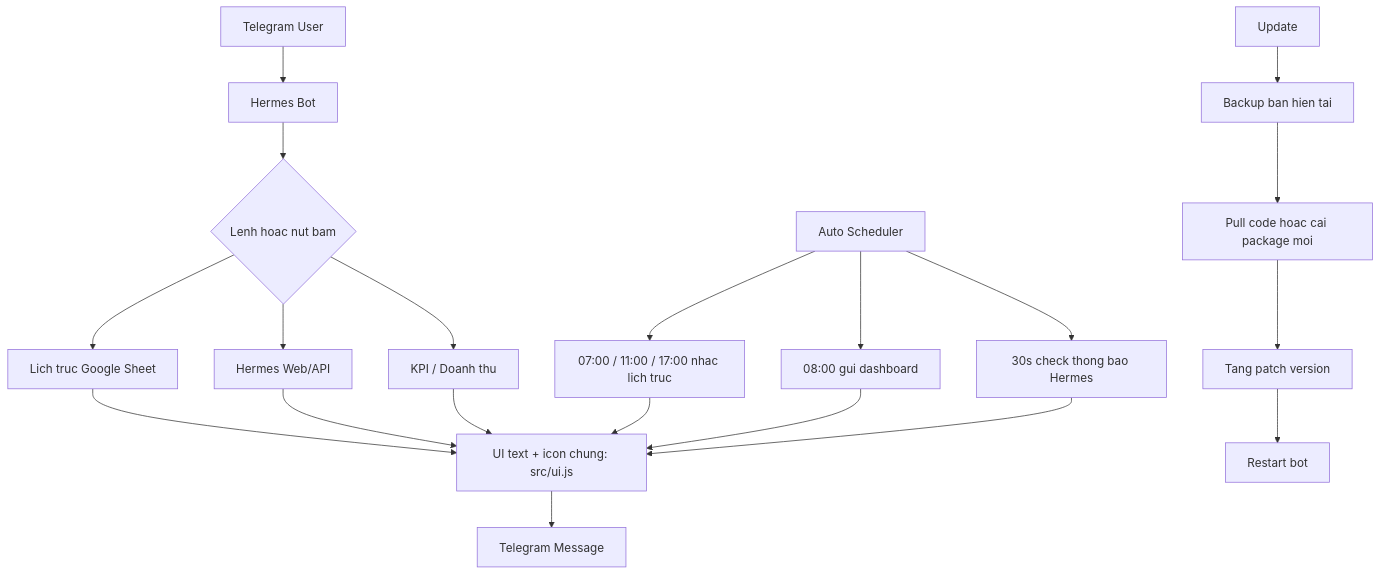
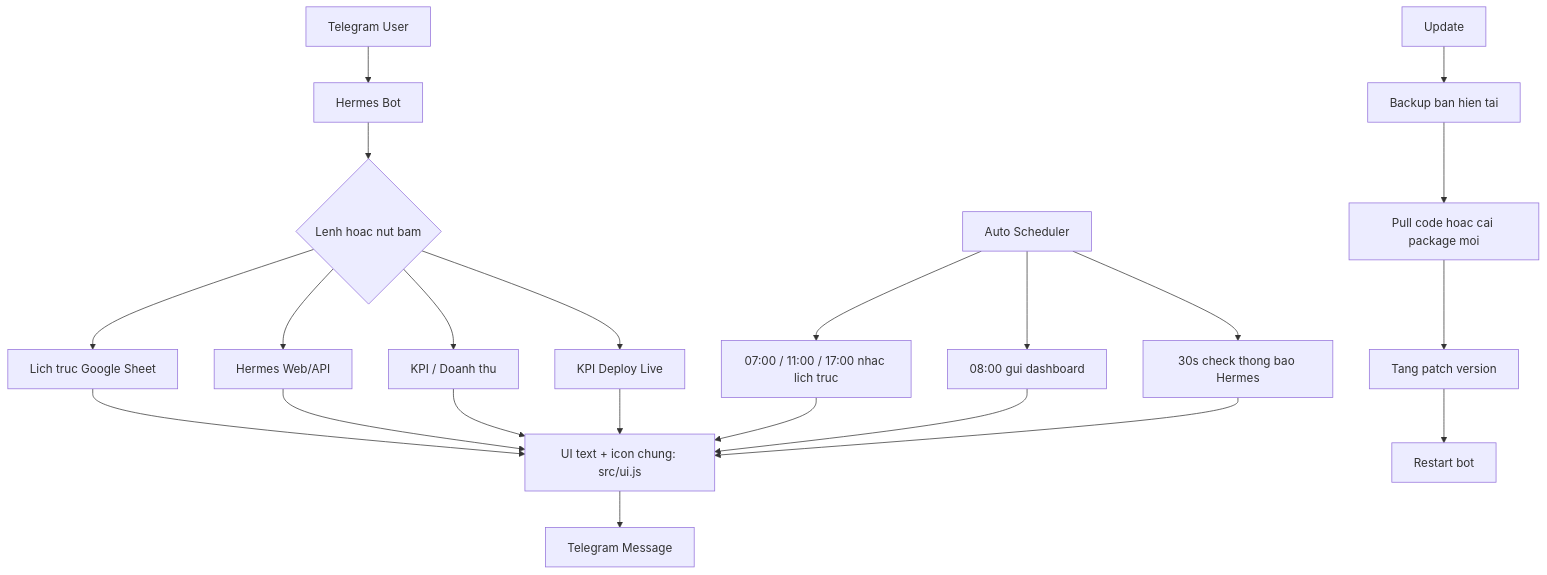
Before and after one commit to trinhduc-lnqt/hermes_bot_td: the diagram in README.md, drawn with Mermaid. The commit also changed other lines of this file and 17 other files, not shown here.

````diff
--- a/README.md
+++ b/README.md
@@ -7,24 +7,26 @@
 ```mermaid
 flowchart TD
   A[Telegram User] --> B[Hermes Bot]
   B --> C{Lenh hoac nut bam}
   C --> D[Lich truc Google Sheet]
   C --> E[Hermes Web/API]
   C --> F[KPI / Doanh thu]
+  C --> R[KPI Deploy Live]
   D --> G[UI text + icon chung: src/ui.js]
   E --> G
   F --> G
+  R --> G
   G --> H[Telegram Message]
 
   I[Auto Scheduler] --> J[07:00 / 11:00 / 17:00 nhac lich truc]
   I --> K[08:00 gui dashboard]
   I --> L[30s check thong bao Hermes]
   J --> G
   K --> G
   L --> G
 
   M[Update] --> N[Backup ban hien tai]
   N --> O[Pull code hoac cai package moi]
   O --> P[Tang patch version]
   P --> Q[Restart bot]
 ```
````
